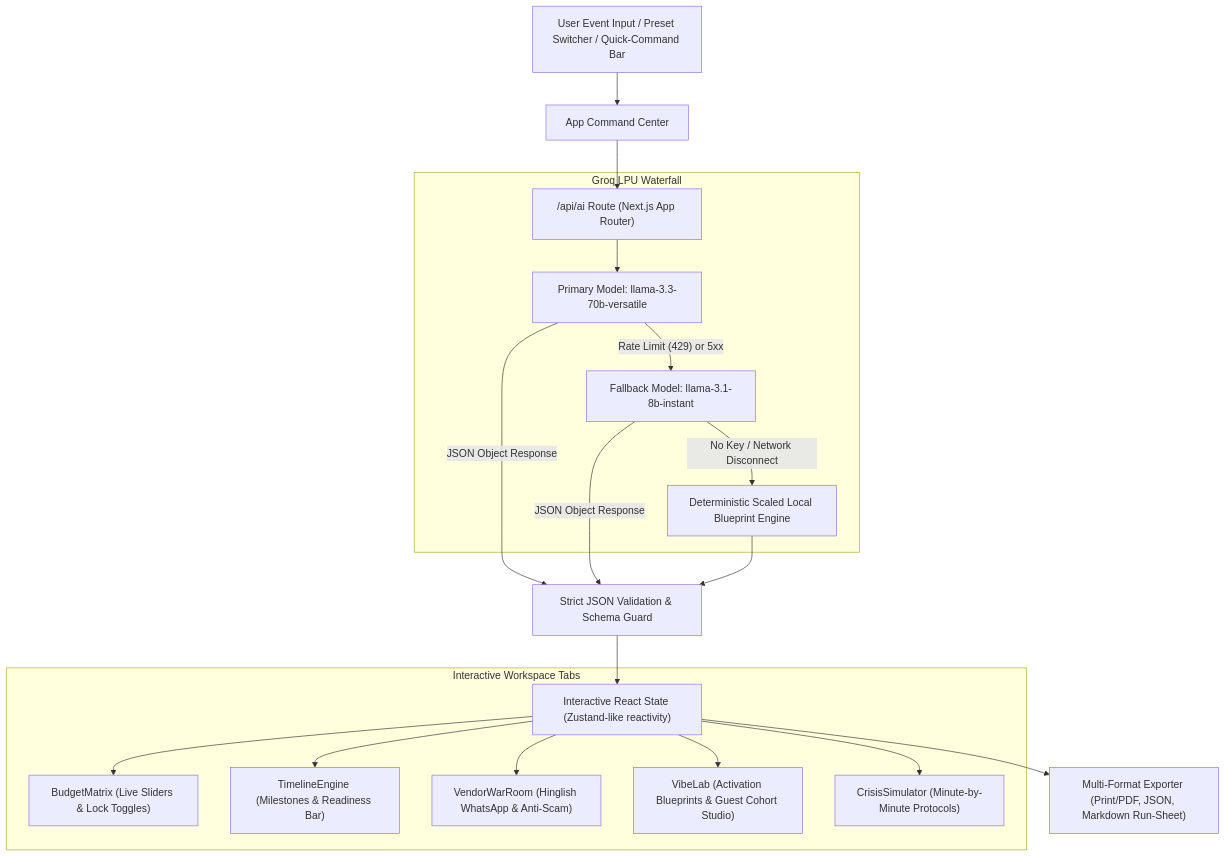
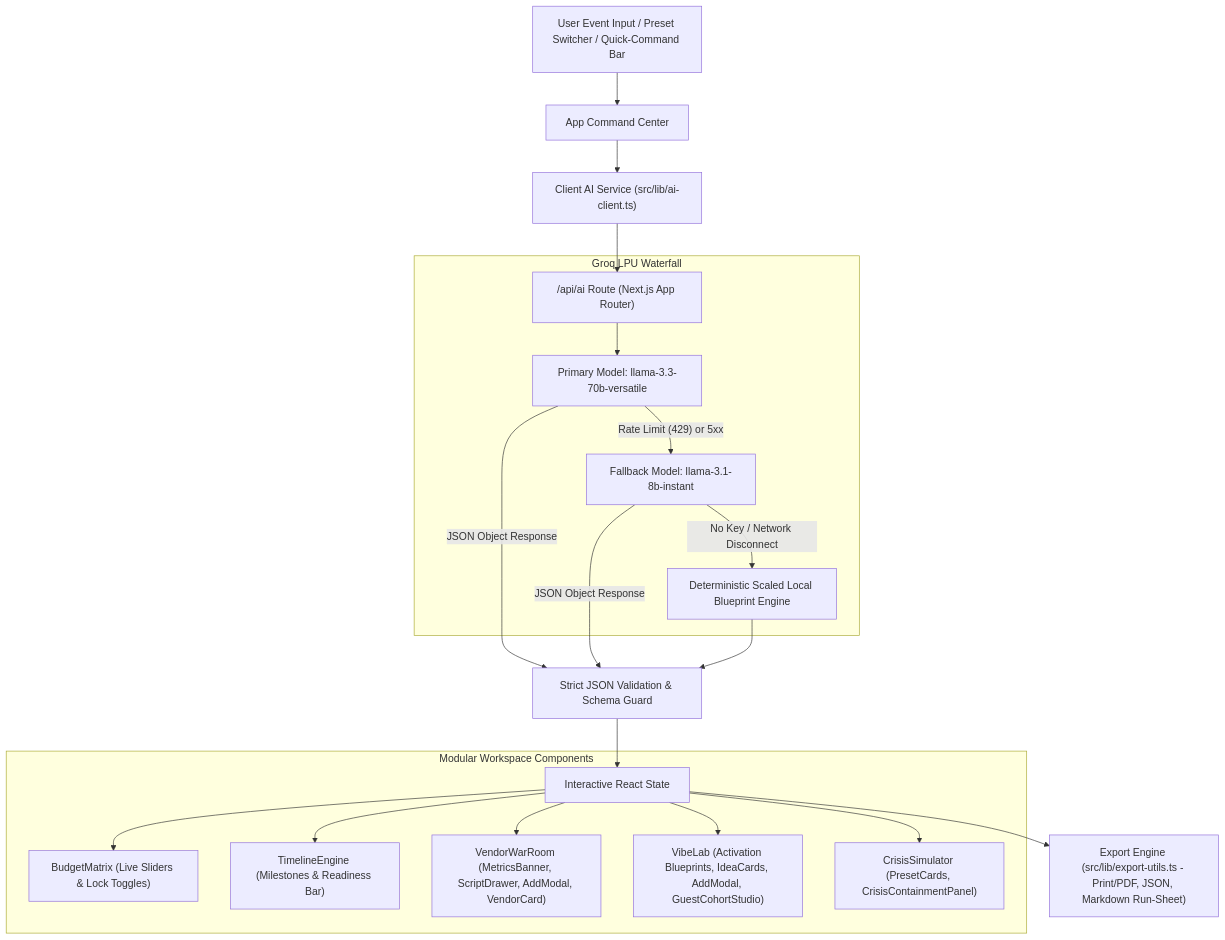
The second of 2 diagrams in README.md (CodeWithMehru/VibeOps), drawn with Mermaid before and after one commit. The commit also changed other lines of this file and 44 other files, not shown here.

Commit message:
refactor(architecture): enforce strict SRP <350 lines per module, add HSTS/CSP headers, and expand to 106 passing vitest tests

````diff
--- a/README.md
+++ b/README.md
@@ -80,27 +87,28 @@
 ```mermaid
 flowchart TD
     UI[User Event Input / Preset Switcher / Quick-Command Bar] --> Orchestrator[App Command Center]
-    Orchestrator --> API["/api/ai Route (Next.js App Router)"]
+    Orchestrator --> ClientService["Client AI Service (src/lib/ai-client.ts)"]
+    ClientService --> API["/api/ai Route (Next.js App Router)"]
 
     subgraph Groq LPU Waterfall
         API --> M1["Primary Model: llama-3.3-70b-versatile"]
         M1 -- "Rate Limit (429) or 5xx" --> M2["Fallback Model: llama-3.1-8b-instant"]
         M2 -- "No Key / Network Disconnect" --> LocalEngine["Deterministic Scaled Local Blueprint Engine"]
     end
 
     M1 -- "JSON Object Response" --> Parser[Strict JSON Validation & Schema Guard]
     M2 -- "JSON Object Response" --> Parser
     LocalEngine --> Parser
 
-    Parser --> State["Interactive React State (Zustand-like reactivity)"]
+    Parser --> State["Interactive React State"]
 
-    subgraph Interactive Workspace Tabs
+    subgraph Modular Workspace Components
         State --> Tab1["BudgetMatrix (Live Sliders & Lock Toggles)"]
         State --> Tab2["TimelineEngine (Milestones & Readiness Bar)"]
-        State --> Tab3["VendorWarRoom (Hinglish WhatsApp & Anti-Scam)"]
-        State --> Tab4["VibeLab (Activation Blueprints & Guest Cohort Studio)"]
-        State --> Tab5["CrisisSimulator (Minute-by-Minute Protocols)"]
+        State --> Tab3["VendorWarRoom (MetricsBanner, ScriptDrawer, AddModal, VendorCard)"]
+        State --> Tab4["VibeLab (Activation Blueprints, IdeaCards, AddModal, GuestCohortStudio)"]
+        State --> Tab5["CrisisSimulator (PresetCards, CrisisContainmentPanel)"]
     end
 
-    State --> ExportEngine["Multi-Format Exporter (Print/PDF, JSON, Markdown Run-Sheet)"]
+    State --> ExportEngine["Export Engine (src/lib/export-utils.ts - Print/PDF, JSON, Markdown Run-Sheet)"]
 ```
````
